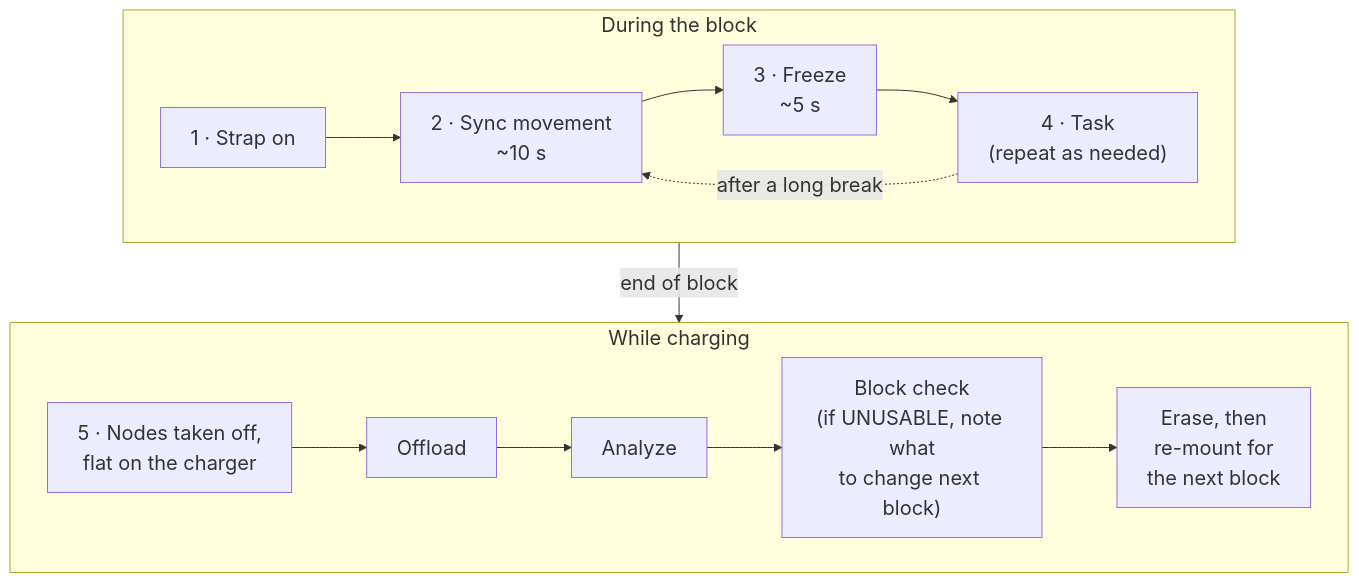
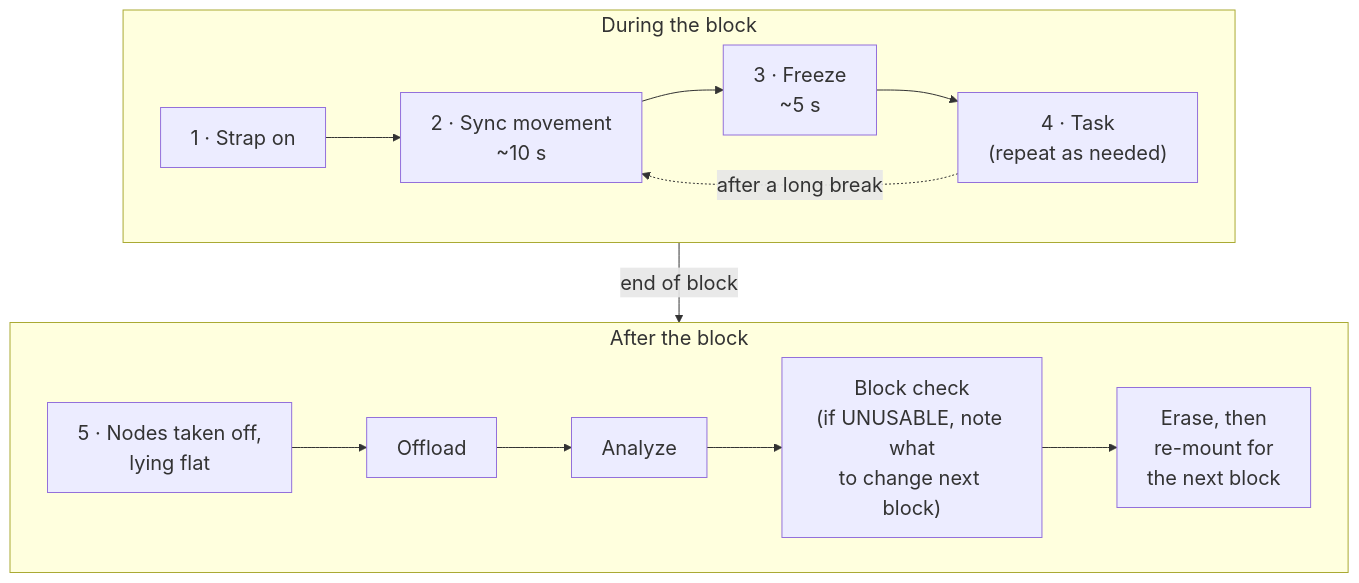
One commit to Jamie215/HULC_motionshirt changed the second of 3 diagrams in docs/SOP.md. Above: the diagram before and after it, drawn with Mermaid. The commit also changed other lines of this file and 3 other files, not shown here.

````diff
--- a/docs/SOP.md
+++ b/docs/SOP.md
@@ -380,14 +387,14 @@
 ```mermaid
 %%{init: {"themeVariables": {"fontSize": "20px"}}}%%
 flowchart TB
     subgraph B["During the block"]
         direction LR
         S["1 · Strap on"] --> Y["2 · Sync movement<br/>~10 s"] --> F["3 · Freeze<br/>~5 s"] --> T["4 · Task<br/>(repeat as needed)"]
         T -. "after a long break" .-> Y
     end
-    subgraph CH["While charging"]
+    subgraph CH["After the block"]
         direction LR
-        O["5 · Nodes taken off,<br/>flat on the charger"] --> OF["Offload"] --> A["Analyze"] --> C["Block check<br/>(if UNUSABLE, note what<br/>to change next block)"] --> E["Erase, then<br/>re-mount for<br/>the next block"]
+        O["5 · Nodes taken off,<br/>lying flat"] --> OF["Offload"] --> A["Analyze"] --> C["Block check<br/>(if UNUSABLE, note what<br/>to change next block)"] --> E["Erase, then<br/>re-mount for<br/>the next block"]
     end
     B -- "end of block" --> CH
 ```
````
